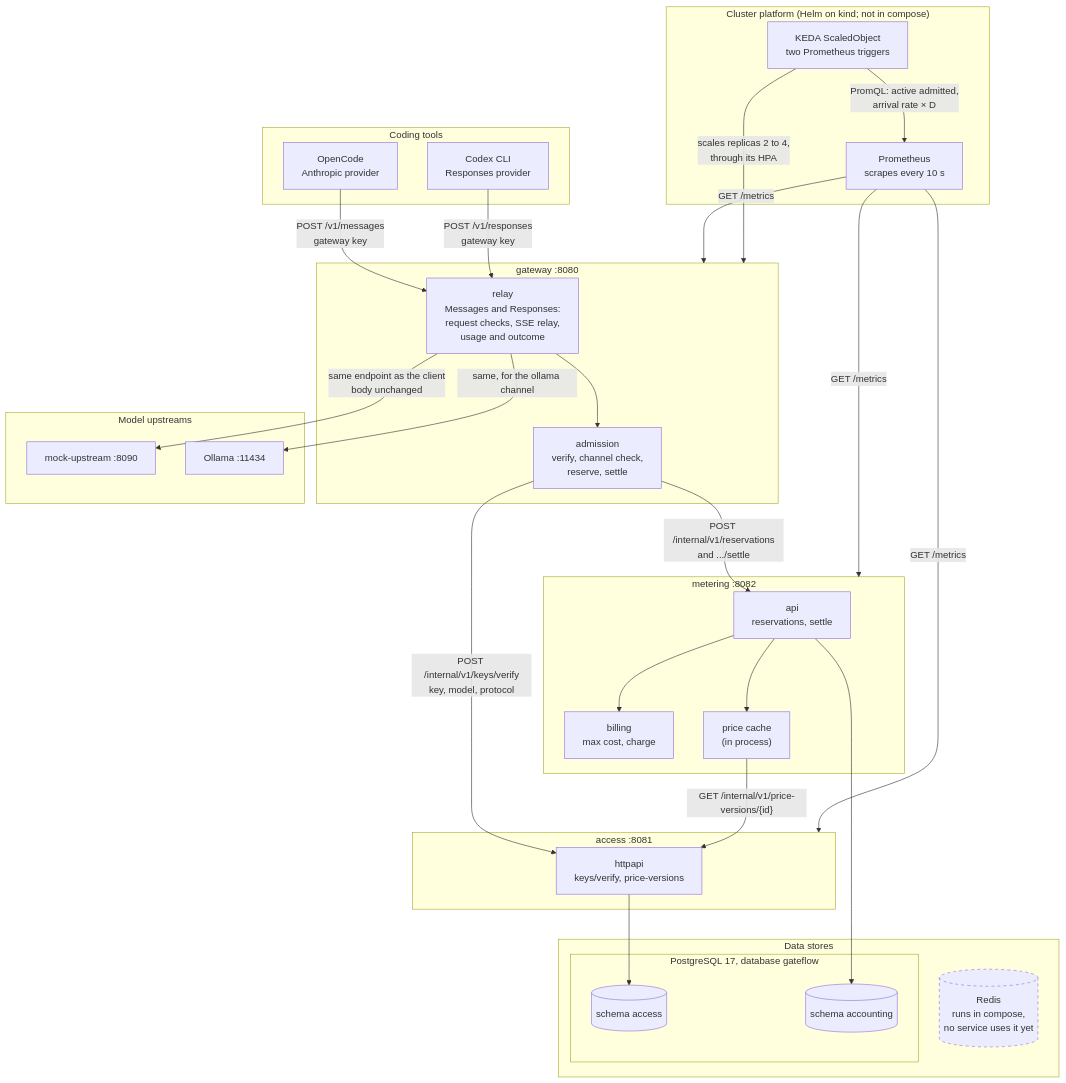
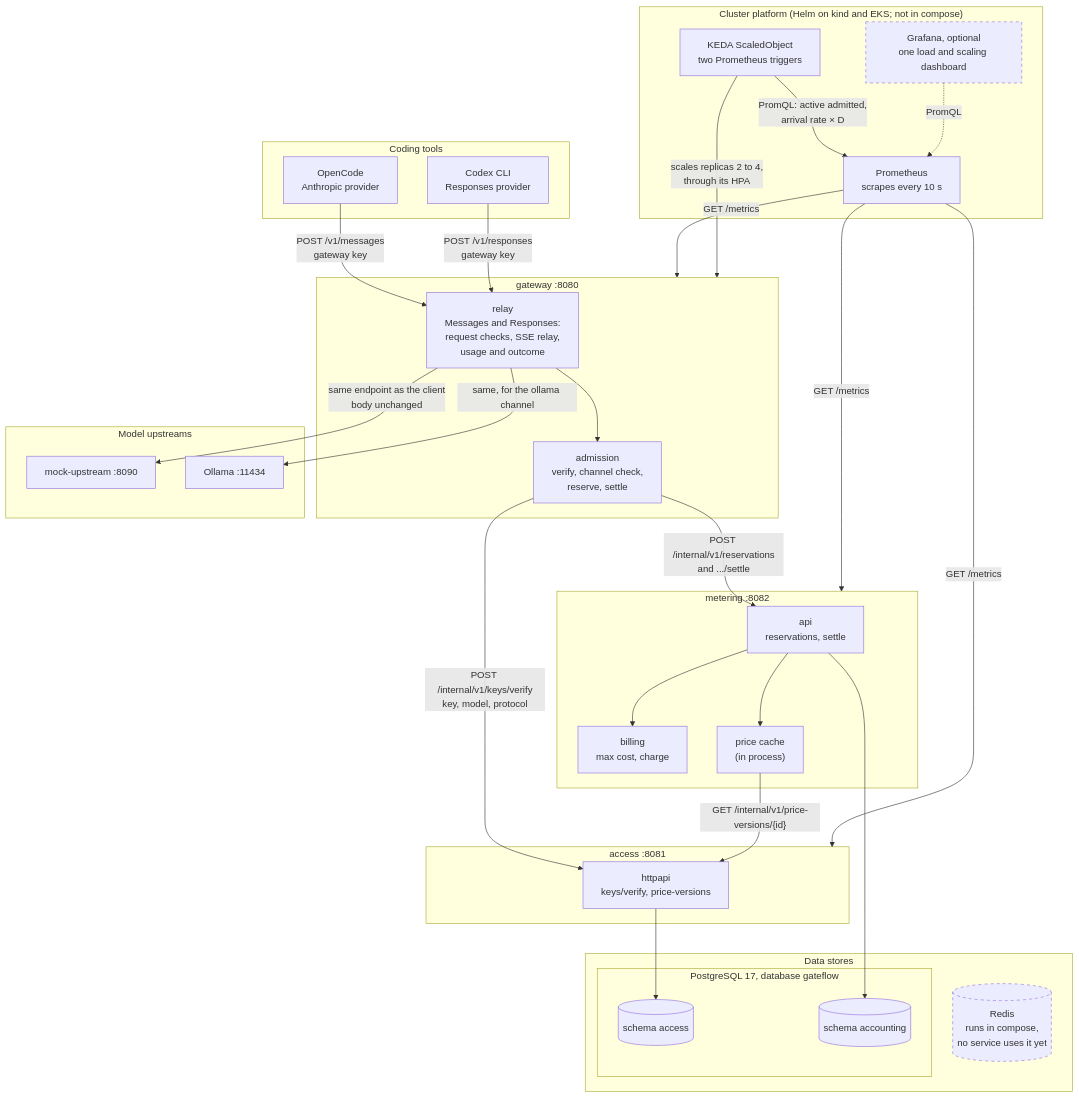
One commit to bibi45c/gateflow changed the first of 8 diagrams in docs/diagrams/as-built.md. Above: the diagram before and after it, drawn with Mermaid. The commit also changed other lines of this file and 1 other file, not shown here.

````diff
--- a/docs/diagrams/as-built.md
+++ b/docs/diagrams/as-built.md
@@ -55,62 +67,64 @@
 ```mermaid
 flowchart TB
   subgraph clients["Coding tools"]
     OC["OpenCode<br/>Anthropic provider"]
     CX["Codex CLI<br/>Responses provider"]
   end
 
   subgraph gw["gateway :8080"]
     RL["relay<br/>Messages and Responses:<br/>request checks, SSE relay,<br/>usage and outcome"]
     AD["admission<br/>verify, channel check,<br/>reserve, settle"]
     RL --> AD
   end
 
   subgraph ac["access :8081"]
     AAPI["httpapi<br/>keys/verify, price-versions"]
   end
 
   subgraph me["metering :8082"]
     MAPI["api<br/>reservations, settle"]
     BL["billing<br/>max cost, charge"]
     PC["price cache<br/>(in process)"]
     MAPI --> BL
     MAPI --> PC
   end
 
   subgraph up["Model upstreams"]
     MU["mock-upstream :8090"]
     OL["Ollama :11434"]
   end
 
   subgraph stores["Data stores"]
     subgraph db["PostgreSQL 17, database gateflow"]
       SA[("schema access")]
       SC[("schema accounting")]
     end
     RD[("Redis<br/>runs in compose,<br/>no service uses it yet")]
   end
 
   OC -->|"POST /v1/messages<br/>gateway key"| RL
   CX -->|"POST /v1/responses<br/>gateway key"| RL
   AD -->|"POST /internal/v1/keys/verify<br/>key, model, protocol"| AAPI
   AD -->|"POST /internal/v1/reservations<br/>and .../settle"| MAPI
   PC -->|"GET /internal/v1/price-versions/{id}"| AAPI
   RL -->|"same endpoint as the client<br/>body unchanged"| MU
   RL -->|"same, for the ollama channel"| OL
   AAPI --> SA
   MAPI --> SC
 
-  subgraph plat["Cluster platform (Helm on kind; not in compose)"]
+  subgraph plat["Cluster platform (Helm on kind and EKS; not in compose)"]
     PR["Prometheus<br/>scrapes every 10 s"]
     SO["KEDA ScaledObject<br/>two Prometheus triggers"]
+    GF["Grafana, optional<br/>one load and scaling dashboard"]
   end
 
   PR -->|"GET /metrics"| gw
   PR -->|"GET /metrics"| ac
   PR -->|"GET /metrics"| me
   SO -->|"PromQL: active admitted,<br/>arrival rate × D"| PR
   SO -->|"scales replicas 2 to 4,<br/>through its HPA"| gw
+  GF -.->|"PromQL"| PR
 
   classDef planned stroke-dasharray:5 5
-  class RD planned
+  class RD,GF planned
 ```
````
